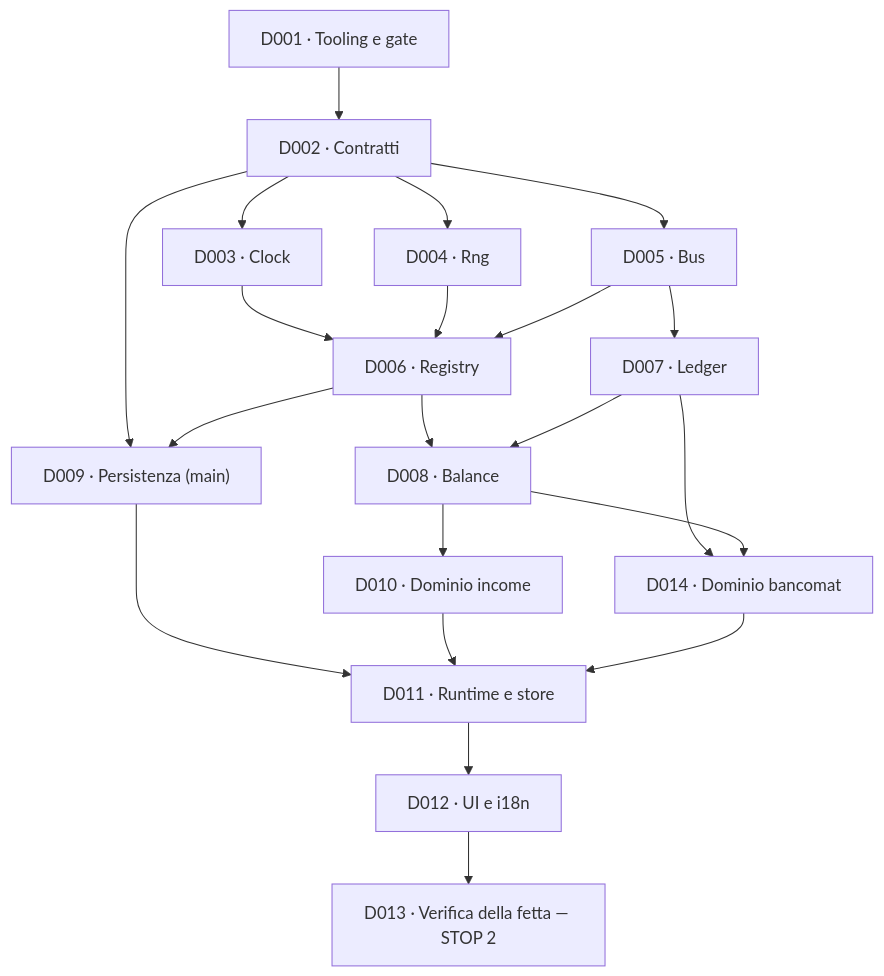
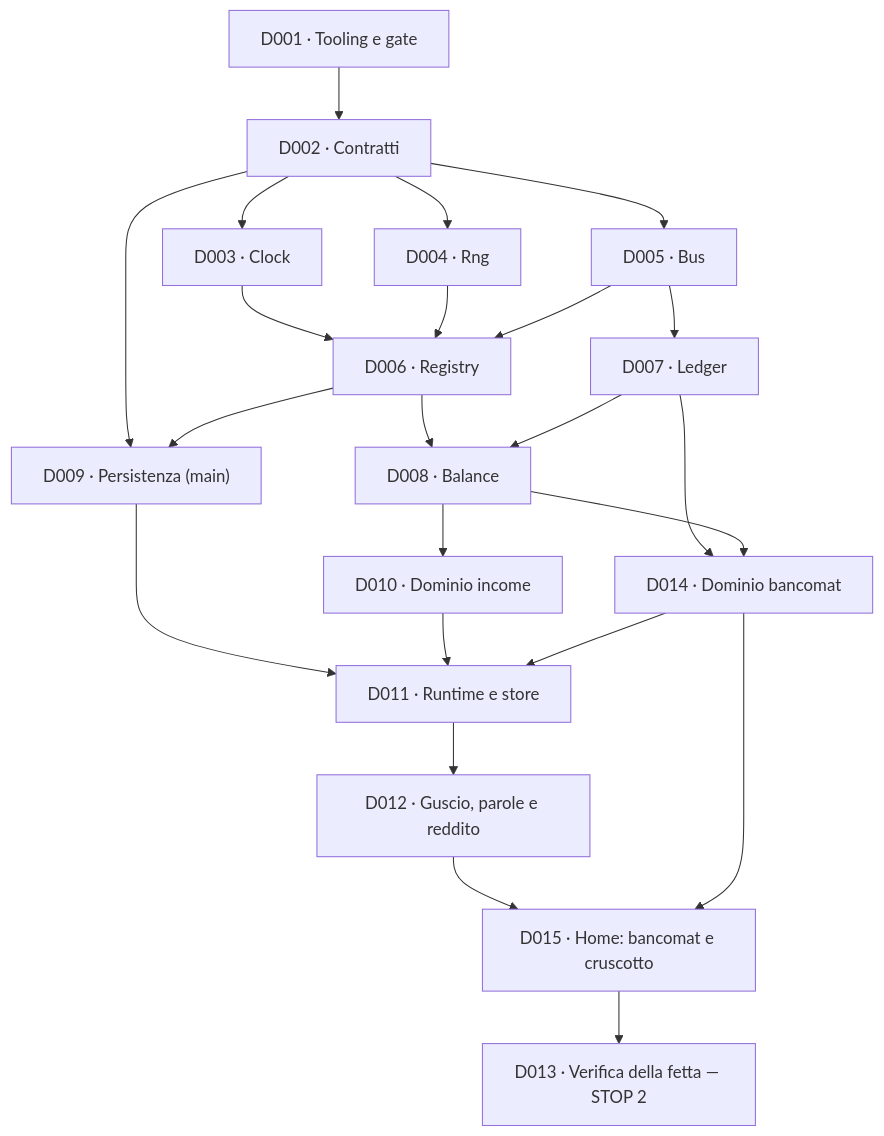
Before and after one commit to devfrx/solvent: the diagram in docs/delega/README.md, drawn with Mermaid. The commit also changed other lines of this file and 7 other files, not shown here.

````diff
--- a/docs/delega/README.md
+++ b/docs/delega/README.md
@@ -51,23 +51,25 @@
 ```mermaid
 flowchart TD
   D001["D001 · Tooling e gate"] --> D002["D002 · Contratti"]
   D002 --> D003["D003 · Clock"]
   D002 --> D004["D004 · Rng"]
   D002 --> D005["D005 · Bus"]
   D003 --> D006["D006 · Registry"]
   D004 --> D006
   D005 --> D006
   D005 --> D007["D007 · Ledger"]
   D006 --> D008["D008 · Balance"]
   D007 --> D008
   D002 --> D009["D009 · Persistenza (main)"]
   D006 --> D009
   D008 --> D010["D010 · Dominio income"]
   D007 --> D014["D014 · Dominio bancomat"]
   D008 --> D014
   D009 --> D011["D011 · Runtime e store"]
   D010 --> D011
   D014 --> D011
-  D011 --> D012["D012 · UI e i18n"]
-  D012 --> D013["D013 · Verifica della fetta — STOP 2"]
+  D011 --> D012["D012 · Guscio, parole e reddito"]
+  D012 --> D015["D015 · Home: bancomat e cruscotto"]
+  D014 --> D015
+  D015 --> D013["D013 · Verifica della fetta — STOP 2"]
 ```
````
